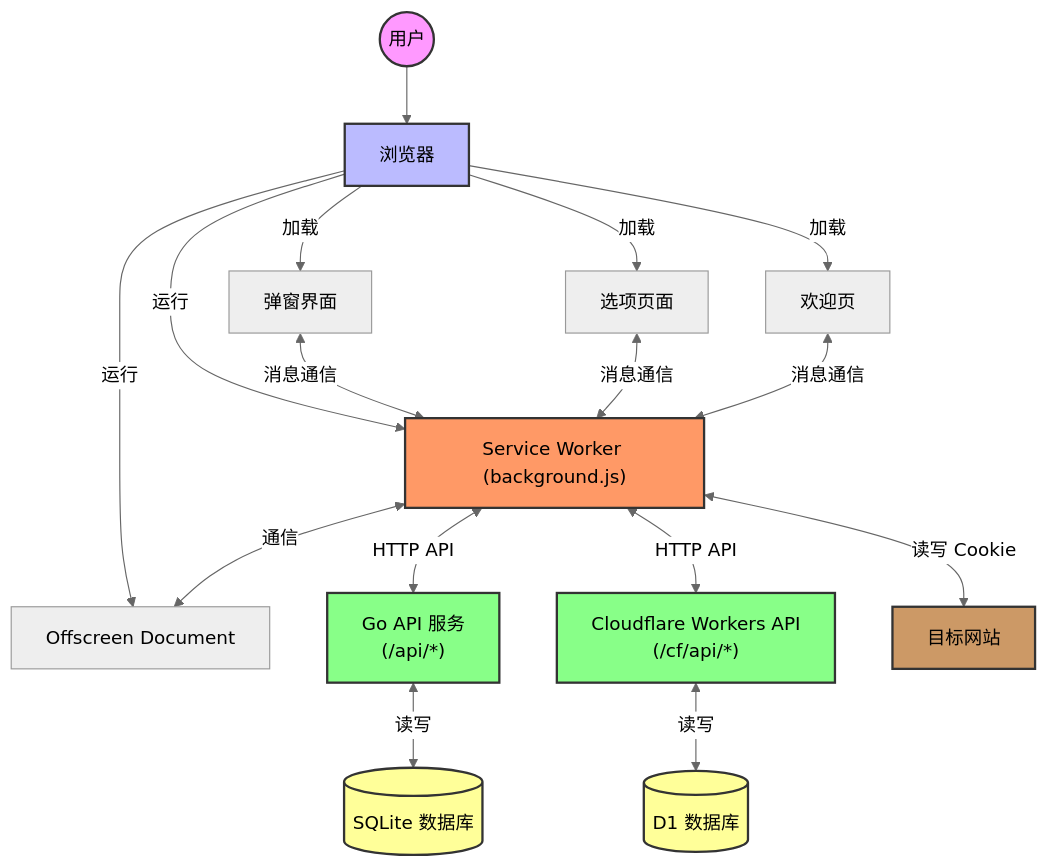
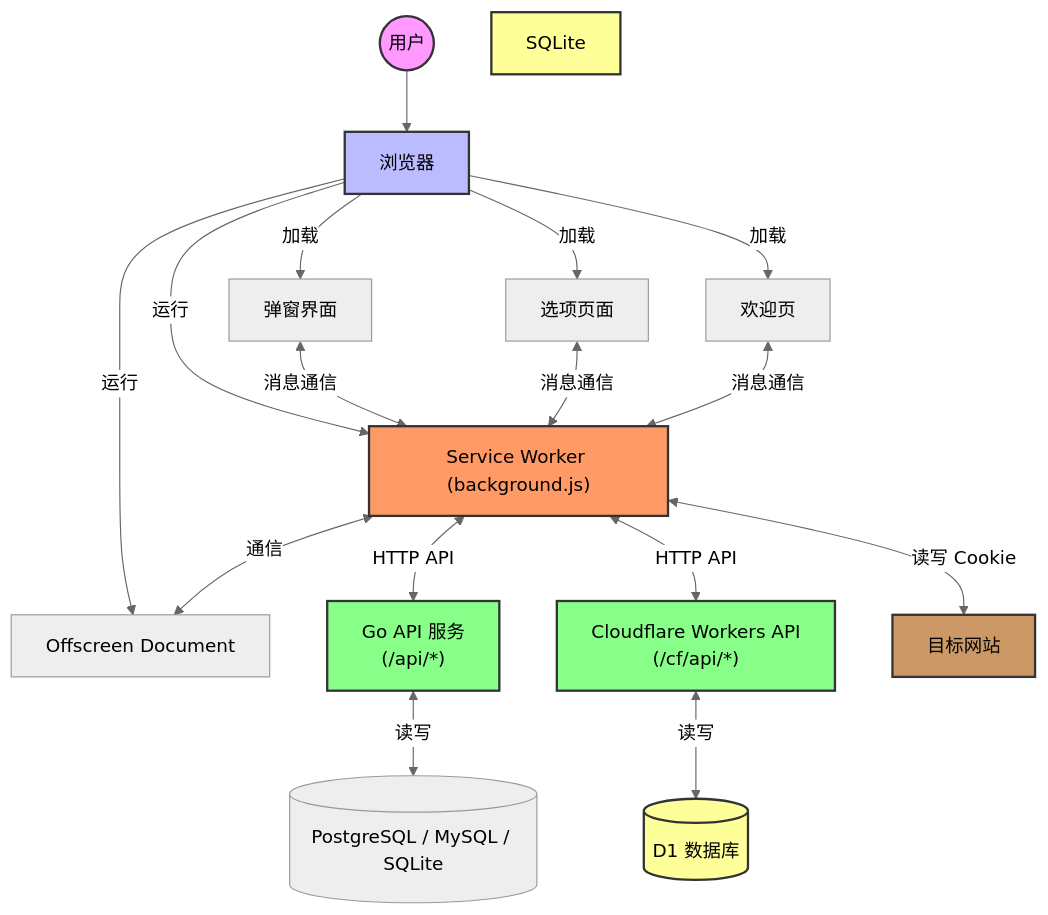
Before and after one commit to Drean21/CookiePusher: the first of 2 diagrams in README.md, drawn with Mermaid (neutral theme). The commit also changed other lines of this file and 8 other files, not shown here.

Commit message:
feat: 更新 Docker 配置以支持 PostgreSQL 和 MySQL，优化数据库连接设置

````diff
--- a/README.md
+++ b/README.md
@@ -30,30 +30,30 @@
 ```mermaid
 graph TD
     User((用户)) --> Browser[浏览器]
     Browser --> |加载| Popup[弹窗界面]
     Browser --> |加载| Options[选项页面]
     Browser --> |加载| Welcome[欢迎页]
     Browser --> |运行| ServiceWorker["Service Worker (background.js)"]
     Browser --> |运行| Offscreen["Offscreen Document"]
 
     Popup <--> |消息通信| ServiceWorker
     Options <--> |消息通信| ServiceWorker
     Welcome <--> |消息通信| ServiceWorker
     ServiceWorker <--> |通信| Offscreen
 
     ServiceWorker <--> |HTTP API| GoAPI["Go API 服务<br/>(/api/*)"]
     ServiceWorker <--> |HTTP API| CFAPI["Cloudflare Workers API<br/>(/cf/api/*)"]
-    GoAPI <--> |读写| SQLite[(SQLite 数据库)]
+    GoAPI <--> |读写| RDBMS[("PostgreSQL / MySQL / SQLite")]
     CFAPI <--> |读写| D1[(D1 数据库)]
     
     ServiceWorker <--> |读写 Cookie| TargetWebsite[目标网站]
 
     style User fill:#f9f,stroke:#333,stroke-width:2px
     style Browser fill:#bbf,stroke:#333,stroke-width:2px
     style ServiceWorker fill:#f96,stroke:#333,stroke-width:2px
     style GoAPI fill:#8f8,stroke:#333,stroke-width:2px
     style CFAPI fill:#8f8,stroke:#333,stroke-width:2px
     style SQLite fill:#ff9,stroke:#333,stroke-width:2px
     style D1 fill:#ff9,stroke:#333,stroke-width:2px
     style TargetWebsite fill:#c96,stroke:#333,stroke-width:2px
 ```
````
